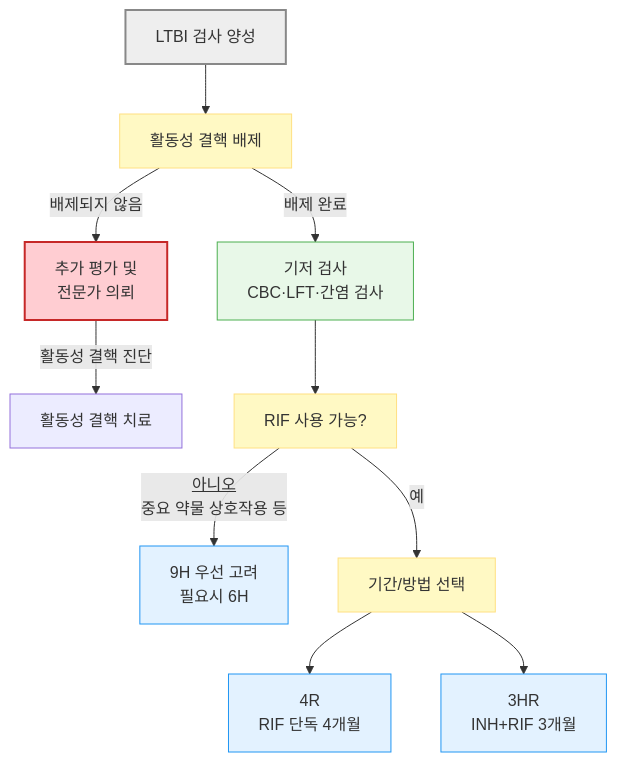
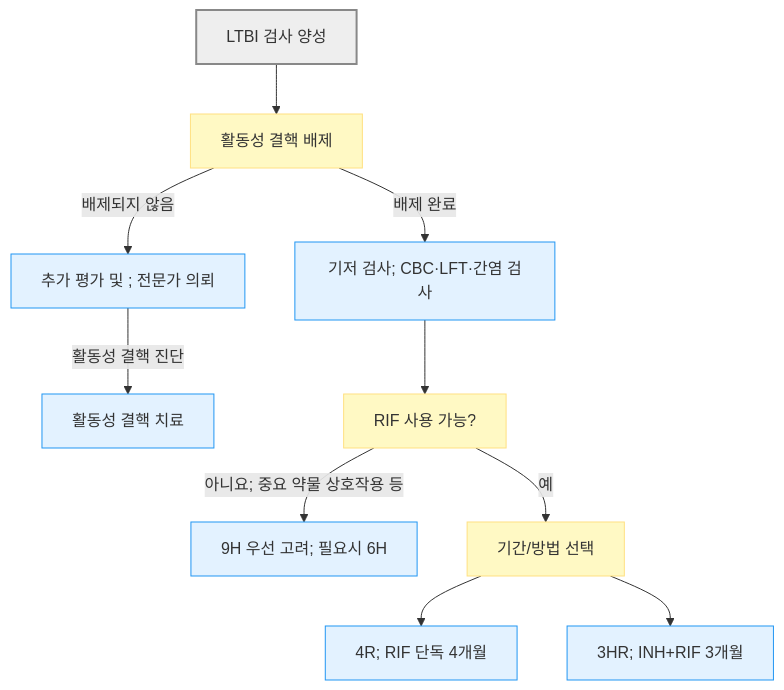
The fourth of 4 diagrams in 223_/070_-tuberculosis.md (familyoh77/familyoh77), drawn with Mermaid before and after one commit. The commit also changed other lines of this file and 2 other files, not shown here.

````diff
--- a/223_/070_-tuberculosis.md
+++ b/223_/070_-tuberculosis.md
@@ -728,19 +722,18 @@
 ```mermaid
 graph TD
     A["LTBI 검사 양성"] --> B["활동성 결핵 배제"]
-    B -->|"배제되지 않음"| C["추가 평가 및 <br/>전문가 의뢰"]
-    C -->|"활동성 결핵 진단"| CT["활동성 결핵 치료"]
-    B -->|"배제 완료"| D["기저 검사<br/>CBC·LFT·간염 검사"]
+    B -- "배제되지 않음" --> C["`추가 평가 및 ; 전문가 의뢰`"]
+    C -- "활동성 결핵 진단" --> CT["활동성 결핵 치료"]
+    B -- "배제 완료" --> D["`기저 검사; CBC·LFT·간염 검사`"]
     D --> E["RIF 사용 가능?"]
-    E -->|"<u>아니오</u><br/>중요 약물 상호작용 등"| F["9H 우선 고려<br/>필요시 6H"]
-    E -->|"예"| G["기간/방법 선택"]
-    G --> H["4R<br/>RIF 단독 4개월"]
-    G --> I["3HR<br/>INH+RIF 3개월"]
-    style A fill:#eeeeee,stroke:#888888,stroke-width:2px
-    style D fill:#e8f8e8,stroke:#4caf50
-    style C fill:#ffcdd2,stroke:#c62828,stroke-width:2px
-classDef yellow fill:#fff9c4,stroke:#ffe082
-class B,E,G yellow
-classDef sky fill:#e3f2ff,stroke:#2196f3
-class H,I,F sky
+    E -- "아니요; 중요 약물 상호작용 등" --> F["`9H 우선 고려; 필요시 6H`"]
+    E -- "예" --> G["기간/방법 선택"]
+    G --> H["`4R; RIF 단독 4개월`"]
+    G --> I["`3HR; INH+RIF 3개월`"]
+    classDef start fill:#eee,stroke:#888,stroke-width:2px
+    classDef decision fill:#fff9c4,stroke:#ffe082
+    classDef action fill:#e3f2ff,stroke:#2196f3
+    class A start
+    class B,E,G decision
+    class C,CT,D,F,H,I action
 ```
````
